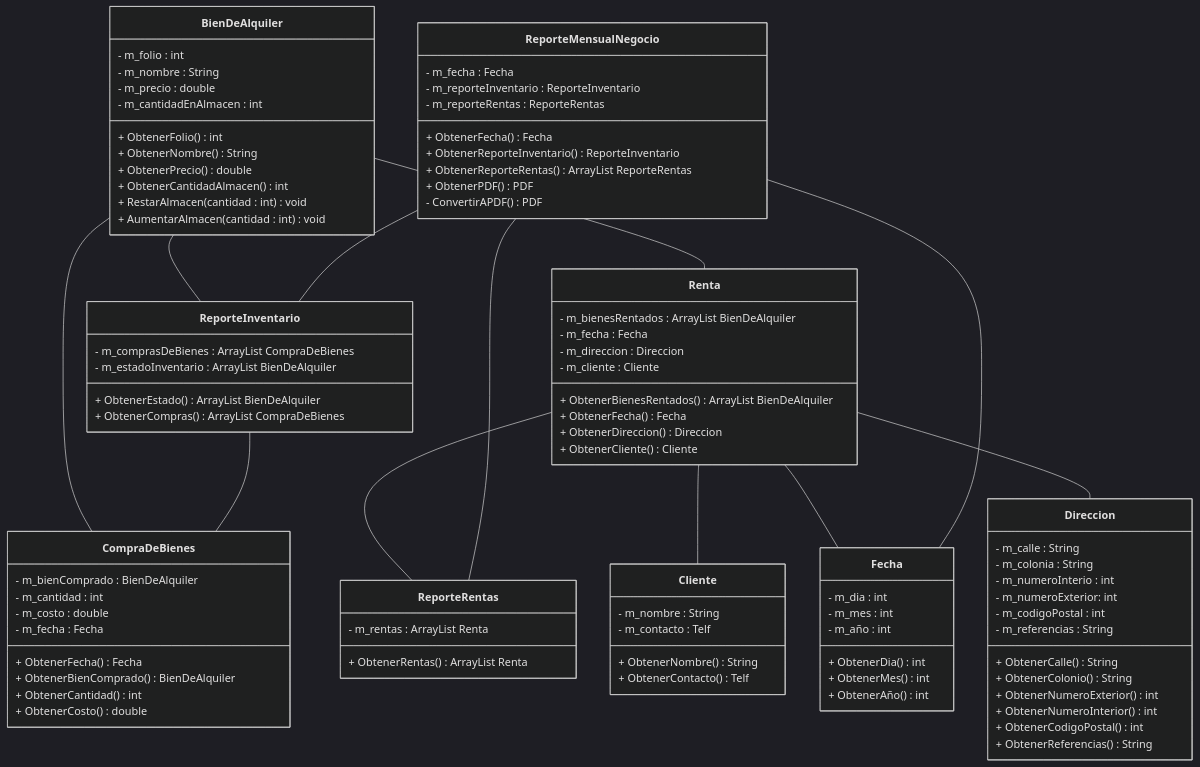
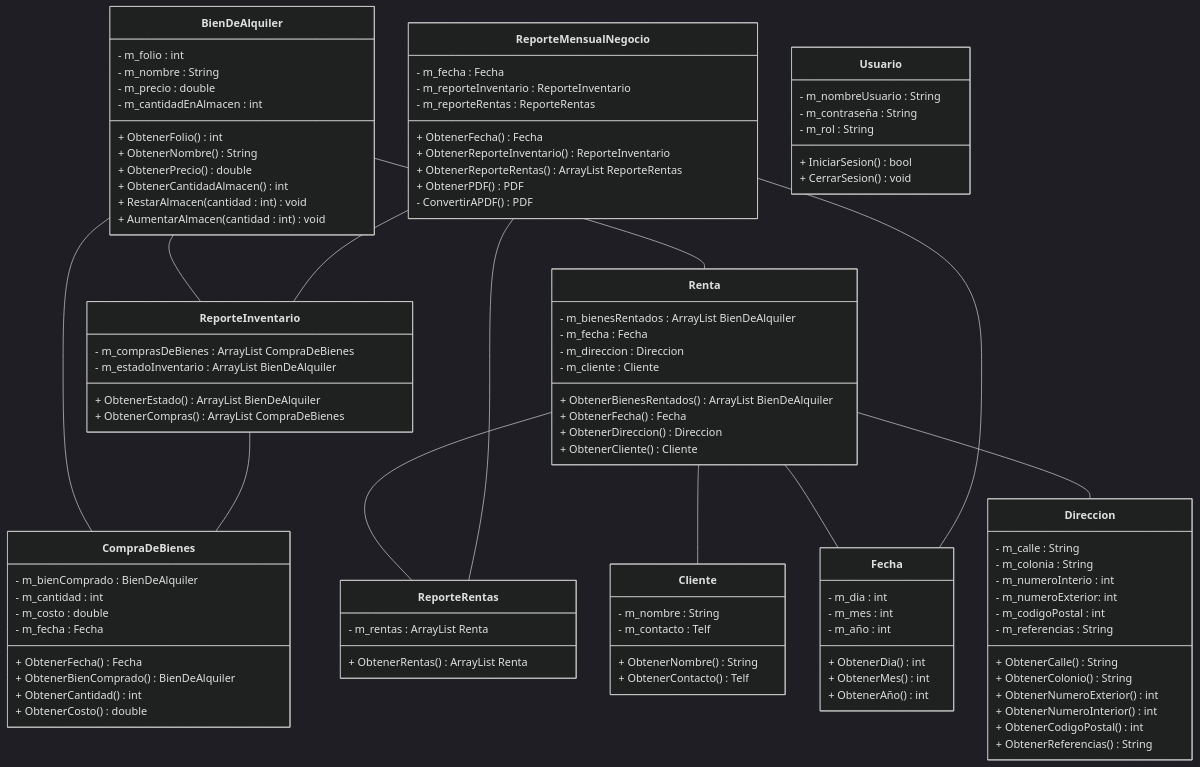
Before and after one commit to JuanJoseVargasArvizu/ProyectoPromotoraEventos: the diagram in Documentacion/Diagramas/DiagramaDeClases.mmd, drawn with Mermaid (dark theme).

Commit message:
Agregué clase usuario

```diff
--- a/Documentacion/Diagramas/DiagramaDeClases.mmd
+++ b/Documentacion/Diagramas/DiagramaDeClases.mmd
@@ -1,104 +1,112 @@
 classDiagram
 
 BienDeAlquiler -- ReporteInventario
 BienDeAlquiler -- CompraDeBienes
 BienDeAlquiler -- Renta
 Renta -- ReporteRentas
 Renta -- Cliente
 Renta -- Fecha
 Renta -- Direccion
 ReporteInventario -- CompraDeBienes
 ReporteMensualNegocio -- ReporteInventario
 ReporteMensualNegocio -- ReporteRentas
 ReporteMensualNegocio -- Fecha
 
 
 class BienDeAlquiler{
     - m_folio : int
     - m_nombre : String
     - m_precio : double
     - m_cantidadEnAlmacen : int
     + ObtenerFolio() int
     + ObtenerNombre() String
     + ObtenerPrecio() double
     + ObtenerCantidadAlmacen() int
     + RestarAlmacen(cantidad : int) void
     + AumentarAlmacen(cantidad : int) void
 }
 
 class CompraDeBienes{
     - m_bienComprado : BienDeAlquiler
     - m_cantidad : int
     - m_costo : double
     - m_fecha : Fecha
     + ObtenerFecha() Fecha
     + ObtenerBienComprado() BienDeAlquiler 
     + ObtenerCantidad() int
     + ObtenerCosto() double
 }
 
 class ReporteMensualNegocio{
     - m_fecha : Fecha
     - m_reporteInventario : ReporteInventario
     - m_reporteRentas : ReporteRentas
     + ObtenerFecha() Fecha
     + ObtenerReporteInventario() ReporteInventario
     + ObtenerReporteRentas() ArrayList ReporteRentas
     + ObtenerPDF() PDF
     - ConvertirAPDF() PDF
 
 }
 
 class ReporteInventario{
     - m_comprasDeBienes : ArrayList CompraDeBienes
     - m_estadoInventario : ArrayList BienDeAlquiler
     + ObtenerEstado() ArrayList BienDeAlquiler
     + ObtenerCompras() ArrayList CompraDeBienes
 }
 
 class ReporteRentas{
     - m_rentas : ArrayList Renta
     + ObtenerRentas() ArrayList Renta
 }
 
 class Renta{
     - m_bienesRentados : ArrayList BienDeAlquiler
     - m_fecha : Fecha
     - m_direccion : Direccion
     - m_cliente : Cliente
     + ObtenerBienesRentados() ArrayList BienDeAlquiler
     + ObtenerFecha() Fecha
     + ObtenerDireccion() Direccion
     + ObtenerCliente() Cliente
 }
 
 class Cliente{
     - m_nombre : String
     - m_contacto : Telf
     + ObtenerNombre() String
     + ObtenerContacto() Telf
 }
 
 class Fecha{
     - m_dia : int
     - m_mes : int
     - m_año : int
     + ObtenerDia() int
     + ObtenerMes() int
     + ObtenerAño() int
 }
 
 class Direccion{
     - m_calle : String
     - m_colonia : String
     - m_numeroInterio : int
     - m_numeroExterior: int
     - m_codigoPostal : int
     - m_referencias : String
     + ObtenerCalle() String
     + ObtenerColonio() String
     + ObtenerNumeroExterior() int
     + ObtenerNumeroInterior() int
     + ObtenerCodigoPostal() int
     + ObtenerReferencias() String
 }
+
+class Usuario {
+    - m_nombreUsuario : String
+    - m_contraseña : String
+    - m_rol : String
+    + IniciarSesion() bool
+    + CerrarSesion() void
+}
```
